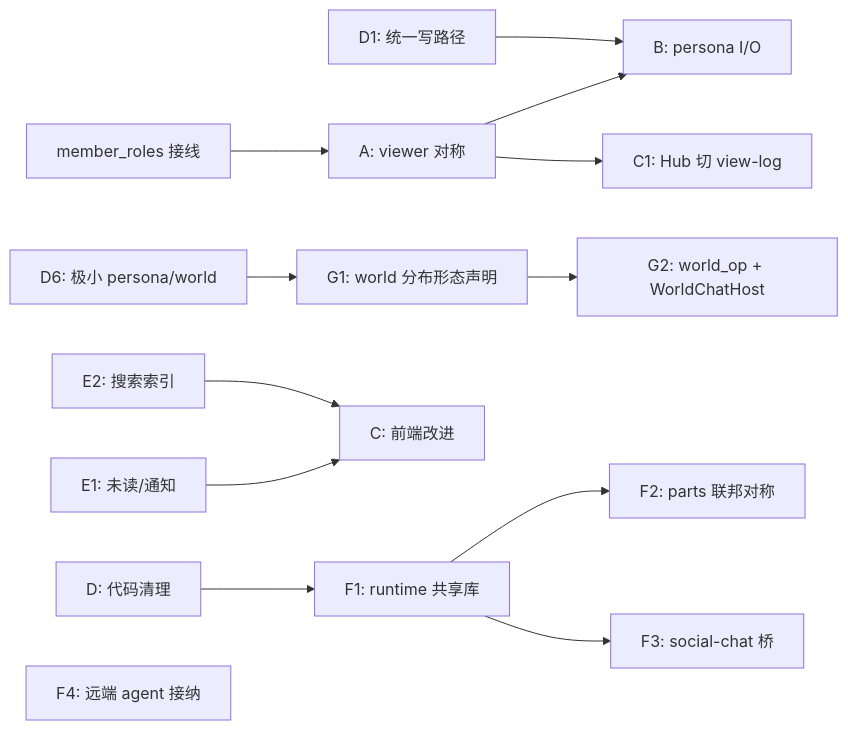
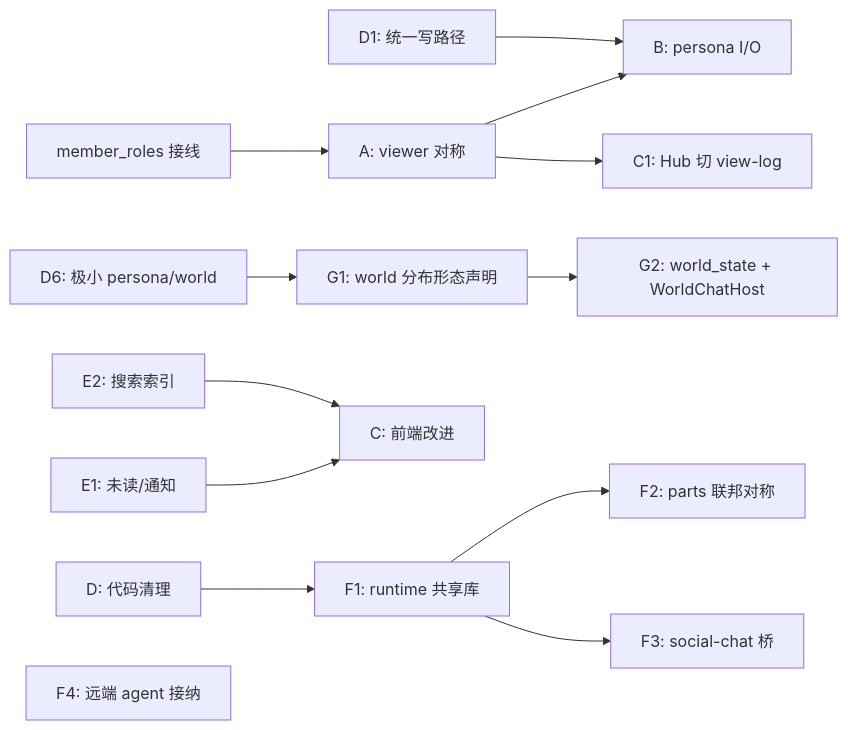
One commit to steve02081504/fount changed the diagram in docs/design/chat-social-dev-plan.md. Above: the diagram before and after it, drawn with Mermaid. The commit also changed other lines of this file and 111 other files, not shown here.

````diff
--- a/docs/design/chat-social-dev-plan.md
+++ b/docs/design/chat-social-dev-plan.md
@@ -354,15 +354,15 @@
 ```mermaid
 graph LR
 	A4[member_roles 接线] --> A[A: viewer 对称]
 	A --> B[B: persona I/O]
 	D1[D1: 统一写路径] --> B
 	A --> C1[C1: Hub 切 view-log]
 	D6[D6: 极小 persona/world] --> G1[G1: world 分布形态声明]
 	E1[E1: 未读/通知] --> C[C: 前端改进]
 	E2[E2: 搜索索引] --> C
-	G1 --> G2[G2: world_op + WorldChatHost]
+	G1 --> G2[G2: world_state + WorldChatHost]
 	D[D: 代码清理] --> F1[F1: runtime 共享库]
 	F1 --> F2[F2: parts 联邦对称]
 	F1 --> F3[F3: social-chat 桥]
 	F4[F4: 远端 agent 接纳]
 ```
````
